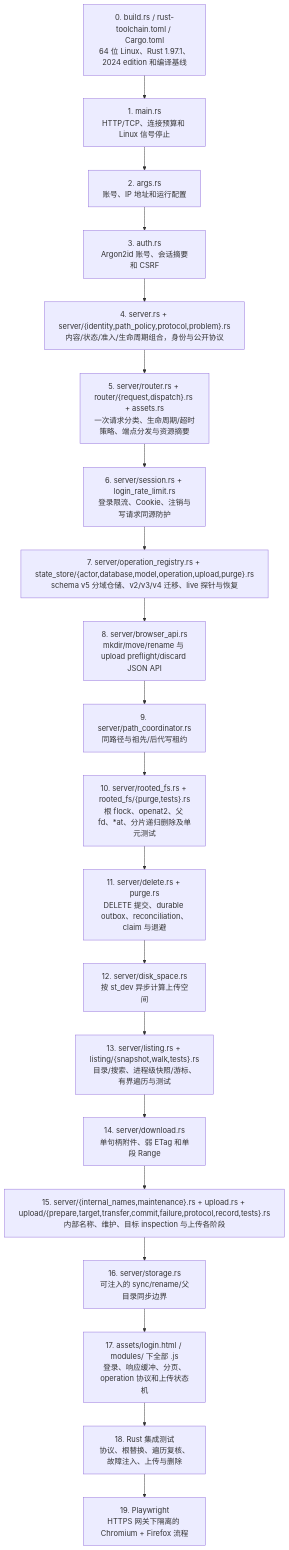
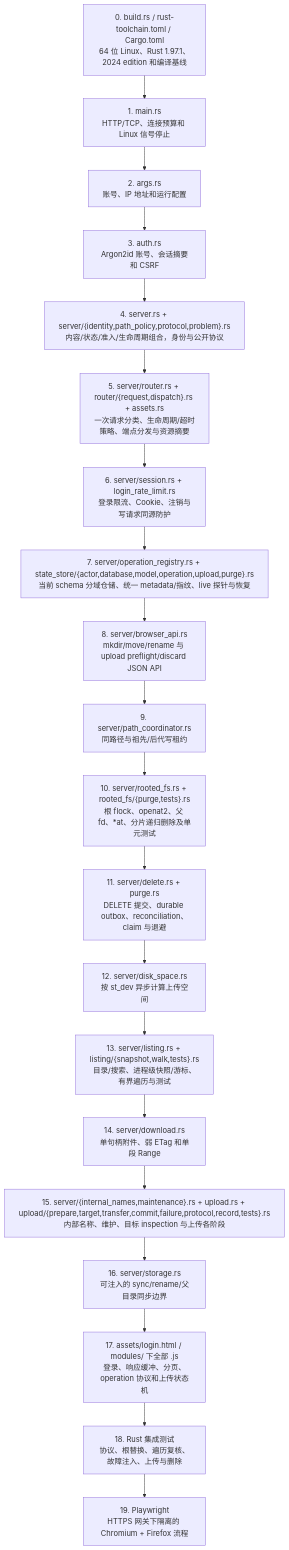
Before and after one commit to isarmg/dufs-ram: diagram 21 of 22 in docs/project-workflow.md, drawn with Mermaid. The commit also changed other lines of this file and 14 other files, not shown here.

````diff
--- a/docs/project-workflow.md
+++ b/docs/project-workflow.md
@@ -968,22 +968,22 @@
 ```mermaid
 flowchart TD
     T["0. build.rs / rust-toolchain.toml / Cargo.toml<br/>64 位 Linux、Rust 1.97.1、2024 edition 和编译基线"] --> A["1. main.rs<br/>HTTP/TCP、连接预算和 Linux 信号停止"]
     A --> B["2. args.rs<br/>账号、IP 地址和运行配置"]
     B --> C["3. auth.rs<br/>Argon2id 账号、会话摘要和 CSRF"]
     C --> D["4. server.rs + server/{identity,path_policy,protocol,problem}.rs<br/>内容/状态/准入/生命周期组合，身份与公开协议"]
     D --> R["5. server/router.rs + router/{request,dispatch}.rs + assets.rs<br/>一次请求分类、生命周期/超时策略、端点分发与资源摘要"]
     R --> G["6. server/session.rs + login_rate_limit.rs<br/>登录限流、Cookie、注销与写请求同源防护"]
-    G --> OP["7. server/operation_registry.rs + state_store/{actor,database,model,operation,upload,purge}.rs<br/>schema v5 分域仓储、v2/v3/v4 迁移、live 探针与恢复"]
+    G --> OP["7. server/operation_registry.rs + state_store/{actor,database,model,operation,upload,purge}.rs<br/>当前 schema 分域仓储、统一 metadata/指纹、live 探针与恢复"]
     OP --> H["8. server/browser_api.rs<br/>mkdir/move/rename 与 upload preflight/discard JSON API"]
     H --> E["9. server/path_coordinator.rs<br/>同路径与祖先/后代写租约"]
     E --> F["10. server/rooted_fs.rs + rooted_fs/{purge,tests}.rs<br/>根 flock、openat2、父 fd、*at、分片递归删除及单元测试"]
     F --> P["11. server/delete.rs + purge.rs<br/>DELETE 提交、durable outbox、reconciliation、claim 与退避"]
     P --> DS["12. server/disk_space.rs<br/>按 st_dev 异步计算上传空间"]
     DS --> I["13. server/listing.rs + listing/{snapshot,walk,tests}.rs<br/>目录/搜索、进程级快照/游标、有界遍历与测试"]
     I --> J["14. server/download.rs<br/>单句柄附件、弱 ETag 和单段 Range"]
     J --> K["15. server/{internal_names,maintenance}.rs + upload.rs + upload/{prepare,target,transfer,commit,failure,protocol,record,tests}.rs<br/>内部名称、维护、目标 inspection 与上传各阶段"]
     K --> L["16. server/storage.rs<br/>可注入的 sync/rename/父目录同步边界"]
     L --> M["17. assets/login.html / modules/ 下全部 .js<br/>登录、响应缓冲、分页、operation 协议和上传状态机"]
     M --> N["18. Rust 集成测试<br/>协议、根替换、遍历复核、故障注入、上传与删除"]
     N --> O["19. Playwright<br/>HTTPS 网关下隔离的 Chromium + Firefox 流程"]
 ```
````
